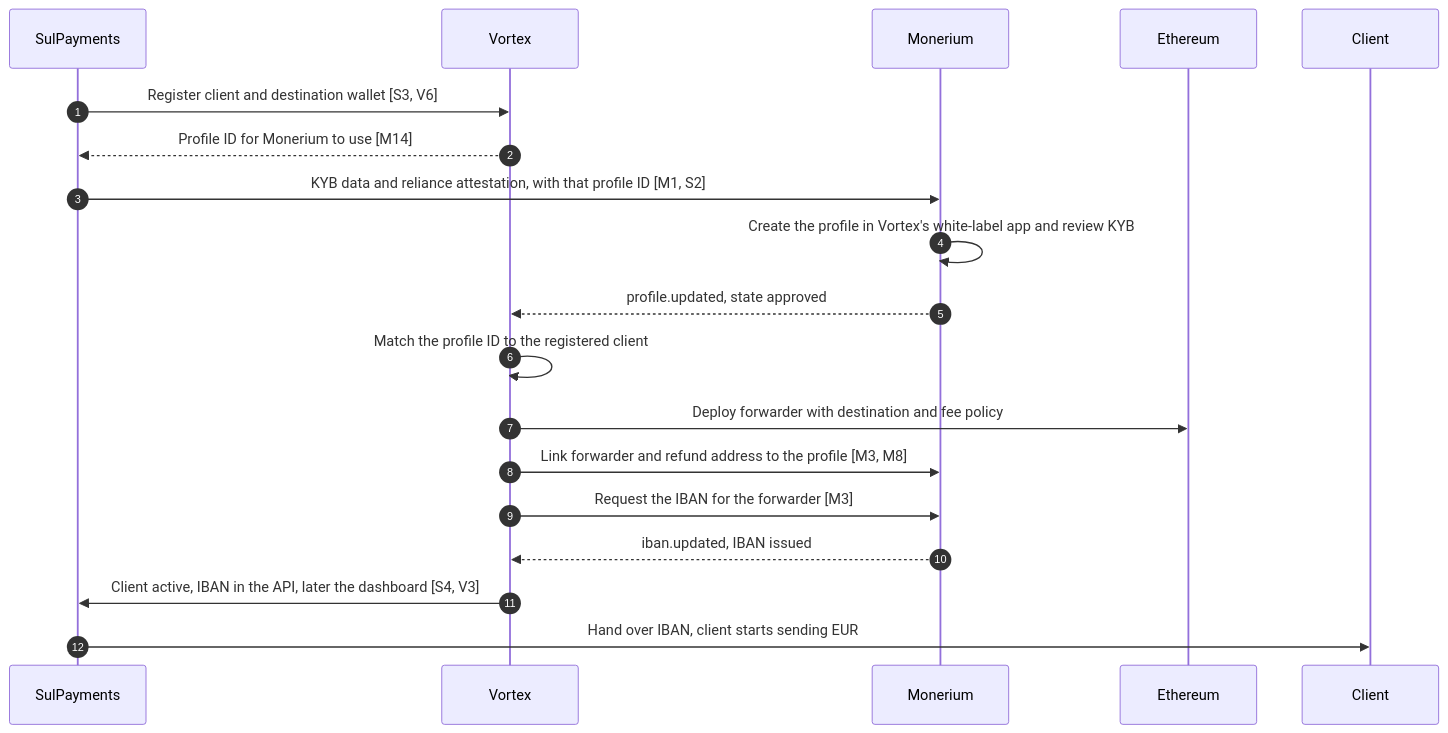
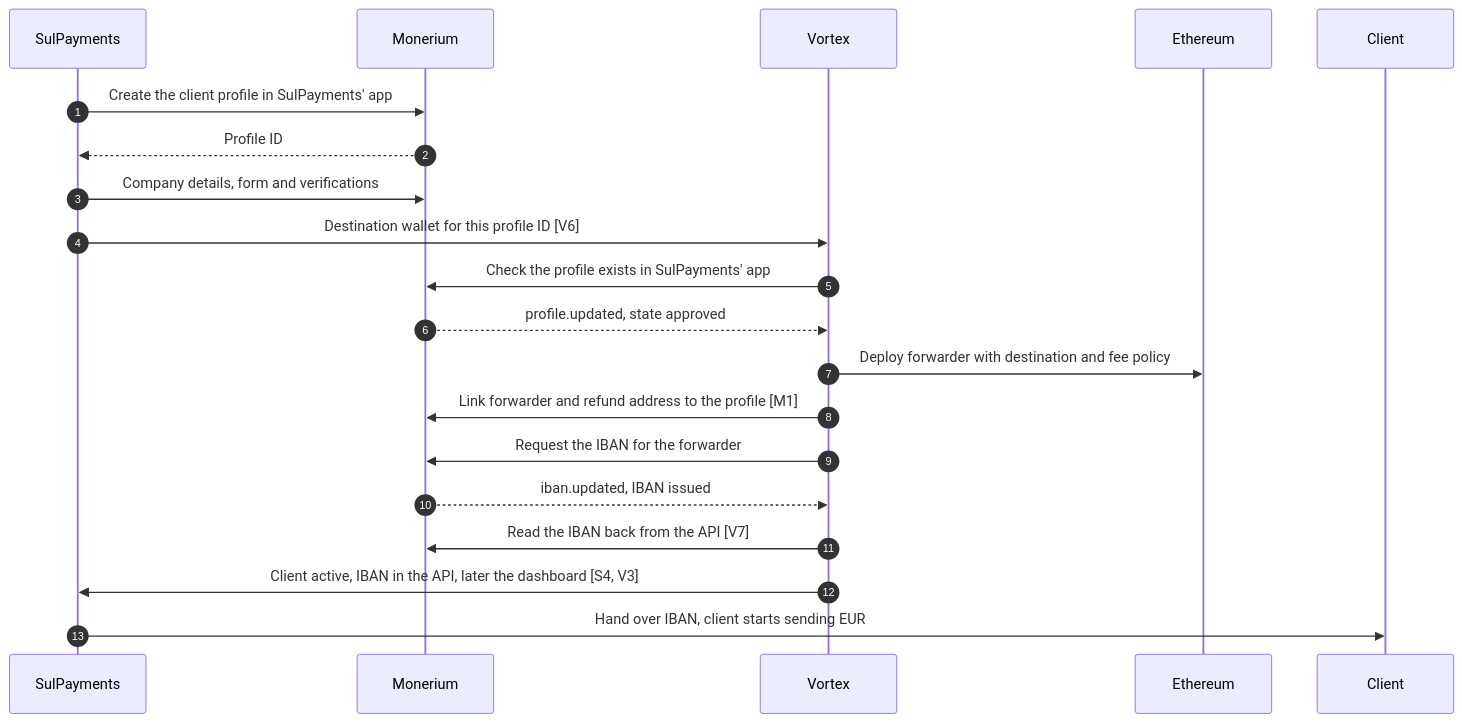
The second of 6 diagrams in docs/product-monerium-b2b-flow.md (pendulum-chain/vortex), drawn with Mermaid before and after one commit. The commit also changed other lines of this file, not shown here.

First line of the commit message:
docs(repo): record Monerium's answers in the B2B flow overview

````diff
--- a/docs/product-monerium-b2b-flow.md
+++ b/docs/product-monerium-b2b-flow.md
@@ -119,22 +121,23 @@
 ```mermaid
 sequenceDiagram
     autonumber
     participant SP as SulPayments
+    participant M as Monerium
     participant V as Vortex
-    participant M as Monerium
     participant C as Ethereum
     participant CL as Client
 
-    SP->>V: Register client and destination wallet [S3, V6]
-    V-->>SP: Profile ID for Monerium to use [M14]
-    SP->>M: KYB data and reliance attestation, with that profile ID [M1, S2]
-    M->>M: Create the profile in Vortex's white-label app and review KYB
+    SP->>M: Create the client profile in SulPayments' app
+    M-->>SP: Profile ID
+    SP->>M: Company details, form and verifications
+    SP->>V: Destination wallet for this profile ID [V6]
+    V->>M: Check the profile exists in SulPayments' app
     M-->>V: profile.updated, state approved
-    V->>V: Match the profile ID to the registered client
     V->>C: Deploy forwarder with destination and fee policy
-    V->>M: Link forwarder and refund address to the profile [M3, M8]
-    V->>M: Request the IBAN for the forwarder [M3]
+    V->>M: Link forwarder and refund address to the profile [M1]
+    V->>M: Request the IBAN for the forwarder
     M-->>V: iban.updated, IBAN issued
+    V->>M: Read the IBAN back from the API [V7]
     V->>SP: Client active, IBAN in the API, later the dashboard [S4, V3]
     SP->>CL: Hand over IBAN, client starts sending EUR
 ```
````
